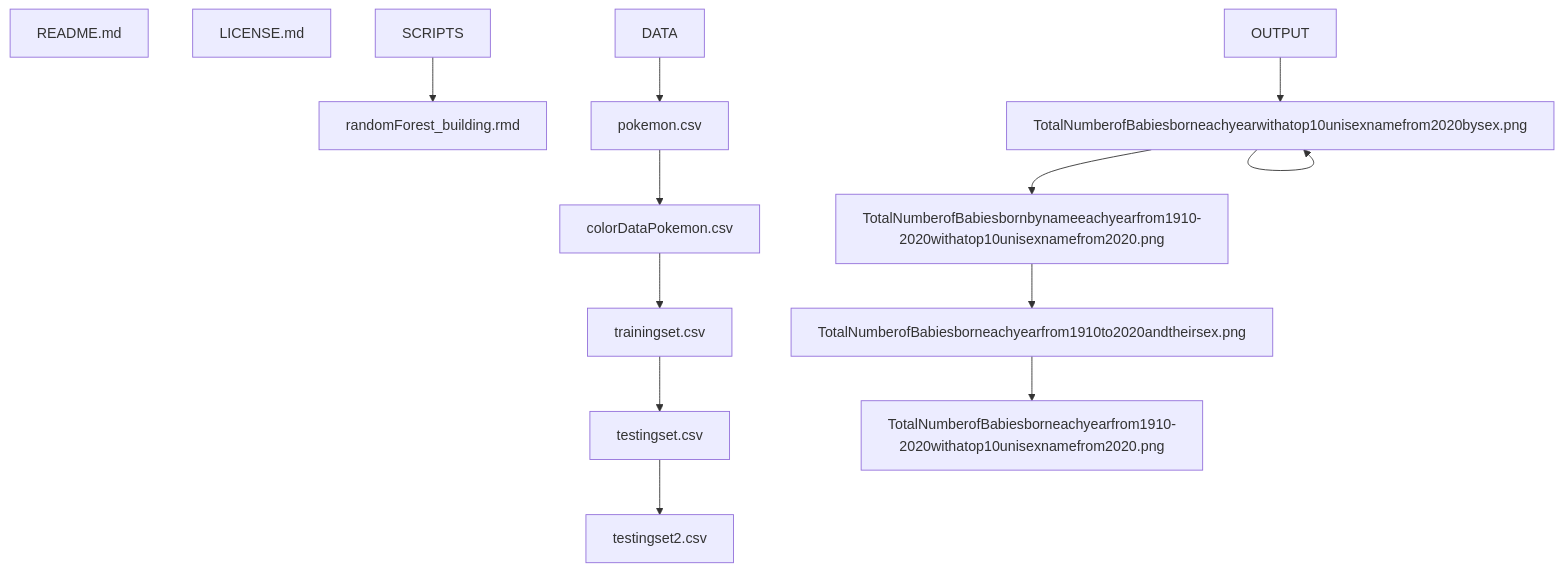
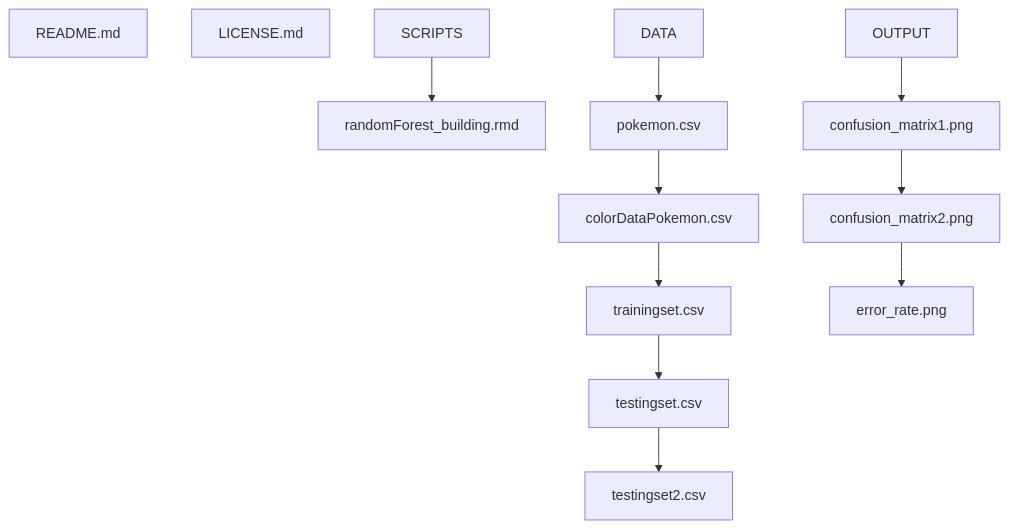
One commit to aschebell/DS4002-Project3 changed the diagram in README.md. Above: the diagram before and after it, drawn with Mermaid.

````diff
--- a/README.md
+++ b/README.md
@@ -14,12 +14,8 @@
 ```mermaid
 graph TD;
     README.md;
     LICENSE.md;
     SCRIPTS-->randomForest_building.rmd;
     DATA-->pokemon.csv-->colorDataPokemon.csv-->trainingset.csv-->testingset.csv-->testingset2.csv;
-    OUTPUT-->TotalNumberofBabiesborneachyearwithatop10unisexnamefrom2020bysex.png;
-    TotalNumberofBabiesborneachyearwithatop10unisexnamefrom2020bysex.png-->TotalNumberofBabiesborneachyearwithatop10unisexnamefrom2020bysex.png;
-    TotalNumberofBabiesborneachyearwithatop10unisexnamefrom2020bysex.png-->TotalNumberofBabiesbornbynameeachyearfrom1910-2020withatop10unisexnamefrom2020.png;
-    TotalNumberofBabiesbornbynameeachyearfrom1910-2020withatop10unisexnamefrom2020.png-->TotalNumberofBabiesborneachyearfrom1910to2020andtheirsex.png;
-    TotalNumberofBabiesborneachyearfrom1910to2020andtheirsex.png-->TotalNumberofBabiesborneachyearfrom1910-2020withatop10unisexnamefrom2020.png;
+    OUTPUT-->confusion_matrix1.png-->confusion_matrix2.png-->error_rate.png
 ```
````
